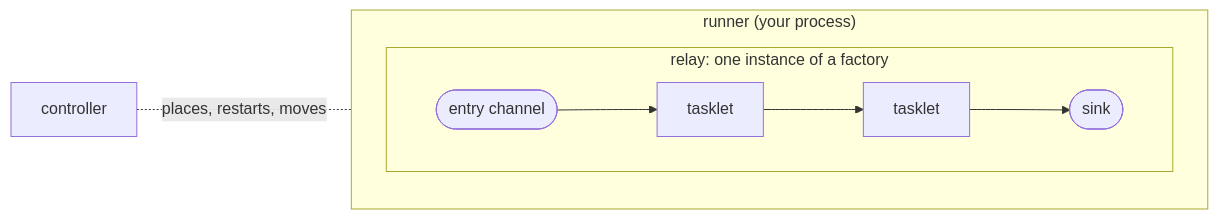
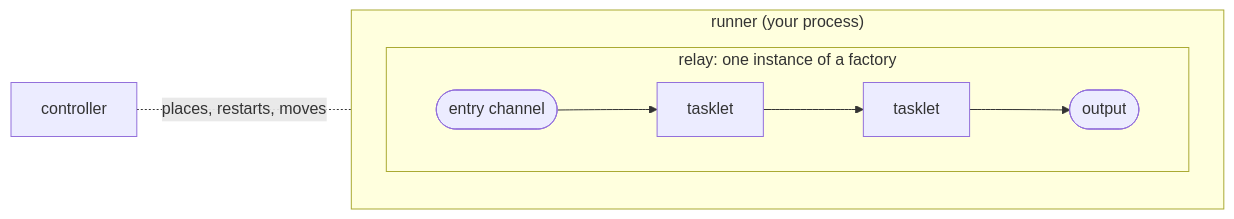
One commit to Flezha/flezha changed the diagram in priv/ai_kit/docs/building_blocks.md. Above: the diagram before and after it, drawn with Mermaid. The commit also changed other lines of this file and 236 other files, not shown here.

First line of the commit message:
Call a relay's exit an output instead of a sink

````diff
--- a/priv/ai_kit/docs/building_blocks.md
+++ b/priv/ai_kit/docs/building_blocks.md
@@ -20,10 +20,10 @@
 ```mermaid
 flowchart LR
     subgraph R["runner (your process)"]
         subgraph O["relay: one instance of a factory"]
             direction LR
-            I(["entry channel"]) --> T1["tasklet"] --> T2["tasklet"] --> S(["sink"])
+            I(["entry channel"]) --> T1["tasklet"] --> T2["tasklet"] --> S(["output"])
         end
     end
     C["controller"] -. "places, restarts, moves" .- R
 ```
````
